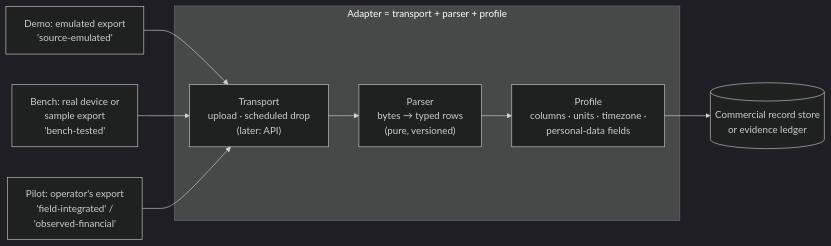
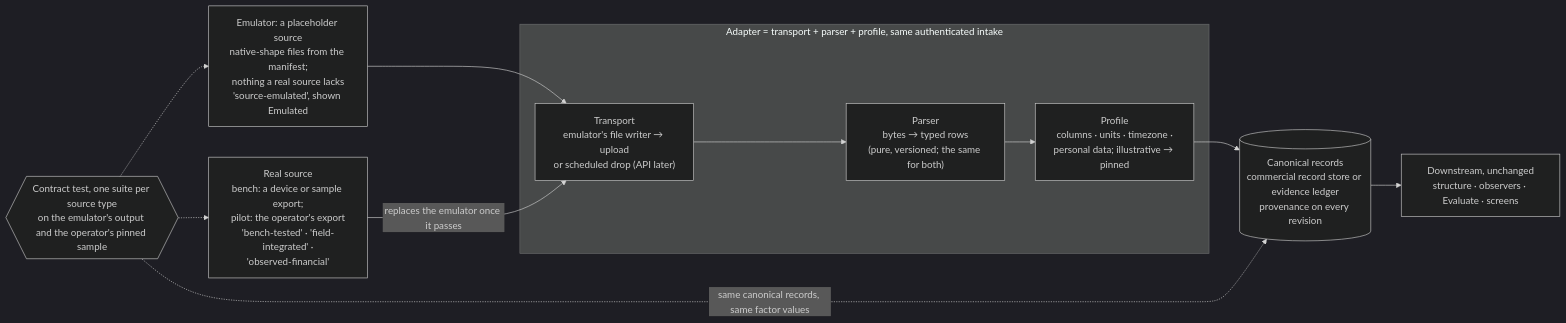
One commit to bineyame/AssetOpsV1 changed the sixth of 9 diagrams in Docs/demo-sprint/product-direction-layer4/product-transition-and-roadmap.md. Above: the diagram before and after it, drawn with Mermaid (dark theme). The commit also changed other lines of this file and 9 other files, not shown here.

First line of the commit message:
Layer 4 pack: rev 4 diagrams; combined-review fixes GL1-GL3, GM2

````diff
--- a/Docs/demo-sprint/product-direction-layer4/product-transition-and-roadmap.md
+++ b/Docs/demo-sprint/product-direction-layer4/product-transition-and-roadmap.md
@@ -308,10 +314,13 @@
 ```mermaid
 flowchart LR
-  subgraph A["Adapter = transport + parser + profile"]
-    TR["Transport<br/>upload · scheduled drop<br/>(later: API)"] --> PA["Parser<br/>bytes → typed rows<br/>(pure, versioned)"] --> PR["Profile<br/>columns · units · timezone ·<br/>personal-data fields"]
+  subgraph A["Adapter = transport + parser + profile, same authenticated intake"]
+    TR["Transport<br/>emulator's file writer → upload<br/>or scheduled drop (API later)"] --> PA["Parser<br/>bytes → typed rows<br/>(pure, versioned; the same for both)"] --> PR["Profile<br/>columns · units · timezone ·<br/>personal data; illustrative → pinned"]
   end
-  PR --> ST[("Commercial record store<br/>or evidence ledger")]
-  E1["Demo: emulated export<br/>'source-emulated'"] --> TR
-  E2["Bench: real device or<br/>sample export<br/>'bench-tested'"] --> TR
-  E3["Pilot: operator's export<br/>'field-integrated' /<br/>'observed-financial'"] --> TR
+  E1["Emulator: a placeholder source<br/>native-shape files from the manifest;<br/>nothing a real source lacks<br/>'source-emulated', shown Emulated"] --> TR
+  E2["Real source<br/>bench: a device or sample export;<br/>pilot: the operator's export<br/>'bench-tested' · 'field-integrated' ·<br/>'observed-financial'"] -- "replaces the emulator once it passes" --> TR
+  PR --> ST[("Canonical records<br/>commercial record store or evidence ledger<br/>provenance on every revision")]
+  ST --> DS["Downstream, unchanged<br/>structure · observers · Evaluate · screens"]
+  CT{{"Contract test, one suite per source type<br/>on the emulator's output and the operator's pinned sample"}} -.-> E1
+  CT -.-> E2
+  CT -. "same canonical records, same factor values" .-> ST
 ```
````
